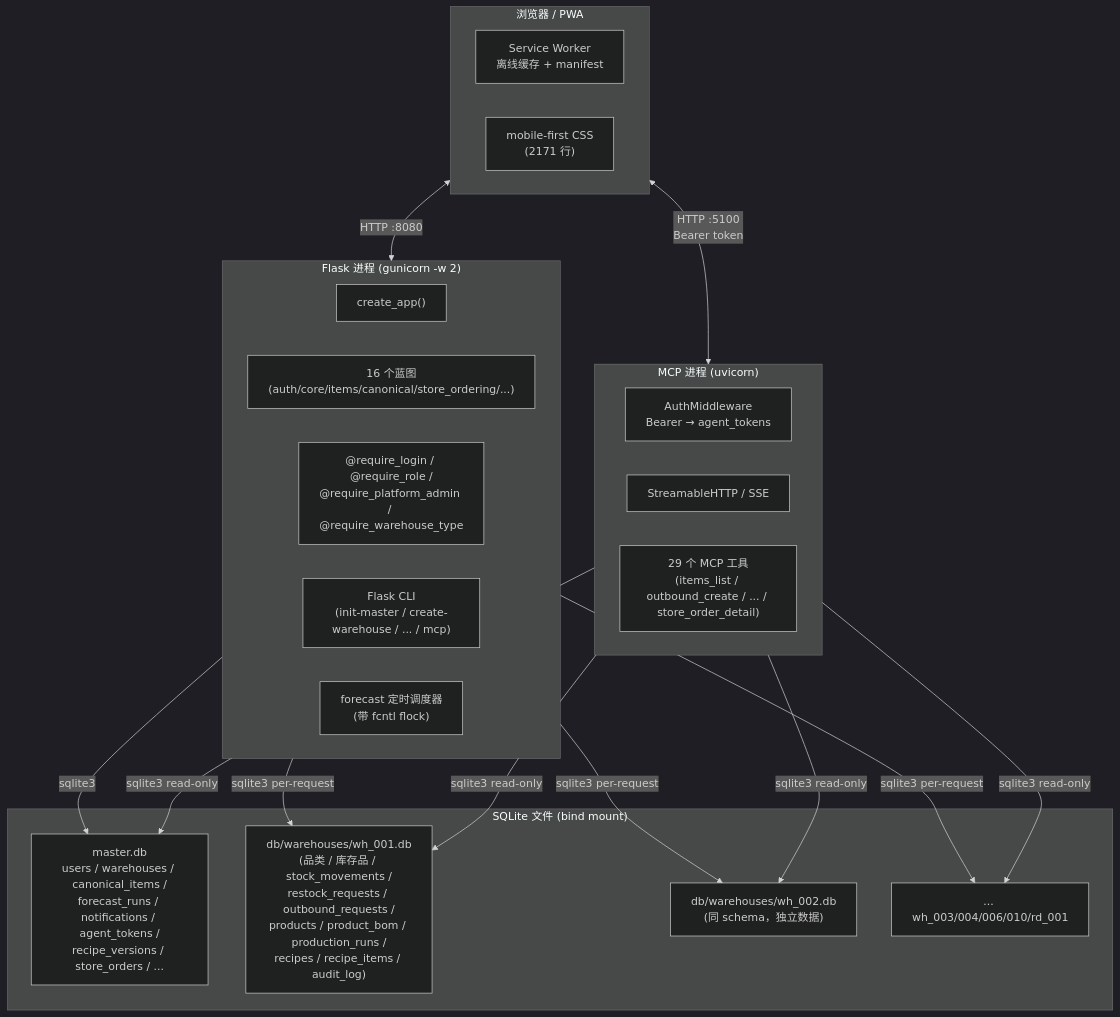
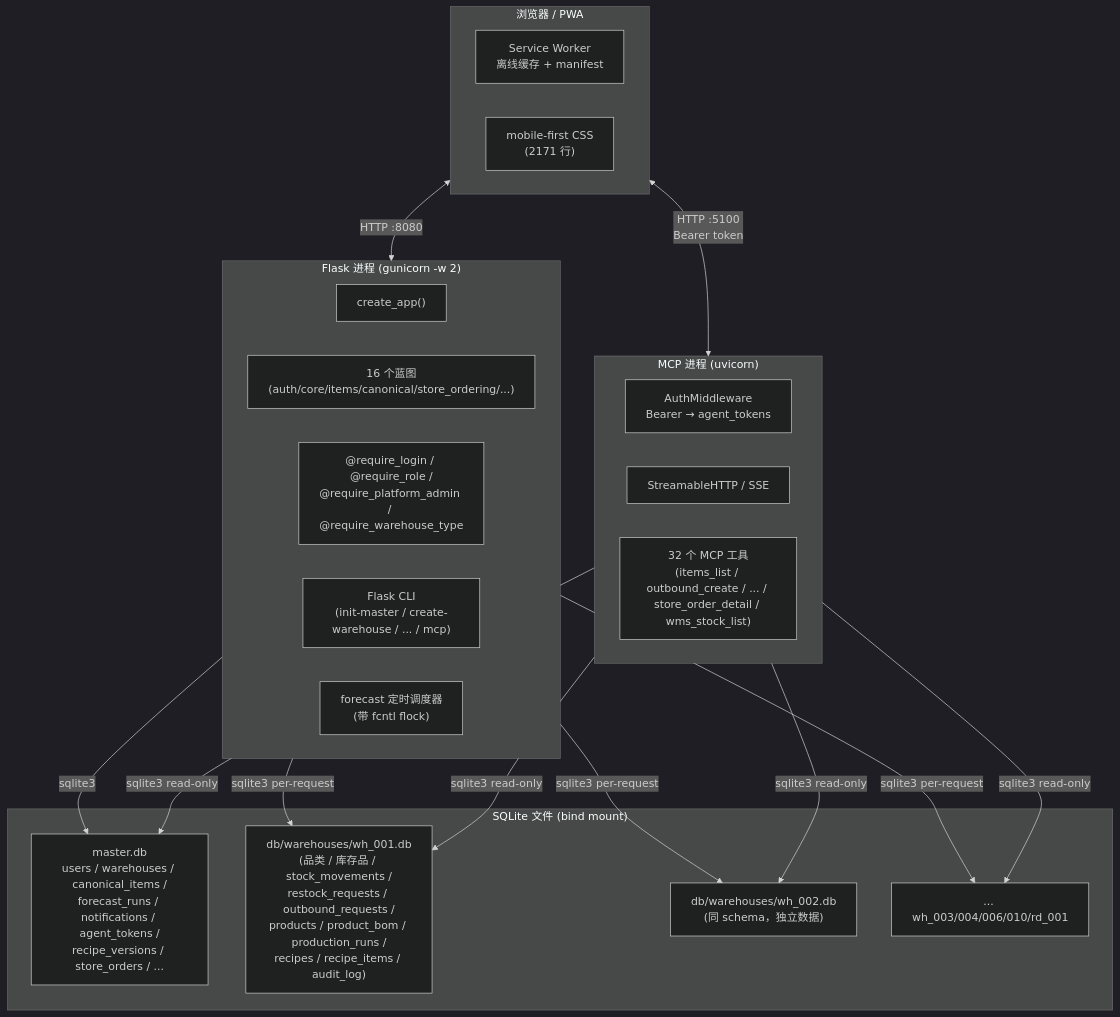
One commit to DUIDUI-Studio/DailyCheck changed the first of 18 diagrams in docs/ARCHITECTURE.md. Above: the diagram before and after it, drawn with Mermaid (dark theme). The commit also changed other lines of this file and 13 other files, not shown here.

First line of the commit message:
feat(mcp): 外部 WMS 只读桥接（wms_stock_list / summary / documents）

````diff
--- a/docs/ARCHITECTURE.md
+++ b/docs/ARCHITECTURE.md
@@ -56,41 +56,41 @@
 ```mermaid
 flowchart TB
     subgraph Browser["浏览器 / PWA"]
         PWA["Service Worker<br/>离线缓存 + manifest"]
         MobileCSS["mobile-first CSS<br/>(2171 行)"]
     end
 
     subgraph FlaskProc["Flask 进程 (gunicorn -w 2)"]
         AppFactory["create_app()"]
         BP["16 个蓝图<br/>(auth/core/items/canonical/store_ordering/...)"]
         Perm["@require_login / @require_role /<br/>@require_platform_admin / @require_warehouse_type"]
         CLI["Flask CLI<br/>(init-master / create-warehouse / ... / mcp)"]
         Schedule["forecast 定时调度器<br/>(带 fcntl flock)"]
     end
 
     subgraph MCPProc["MCP 进程 (uvicorn)"]
         AuthMW["AuthMiddleware<br/>Bearer → agent_tokens"]
         Streamable["StreamableHTTP / SSE"]
-        Tools["29 个 MCP 工具<br/>(items_list / outbound_create / ... / store_order_detail)"]
+        Tools["32 个 MCP 工具<br/>(items_list / outbound_create / ... / store_order_detail / wms_stock_list)"]
     end
 
     subgraph Storage["SQLite 文件 (bind mount)"]
         Master["master.db<br/>users / warehouses / canonical_items /<br/>forecast_runs / notifications / agent_tokens /<br/>recipe_versions / store_orders / ..."]
         WH1["db/warehouses/wh_001.db<br/>(品类 / 库存品 / stock_movements /<br/>restock_requests / outbound_requests /<br/>products / product_bom / production_runs /<br/>recipes / recipe_items / audit_log)"]
         WH2["db/warehouses/wh_002.db<br/>(同 schema，独立数据)"]
         WHN["... wh_003/004/006/010/rd_001"]
     end
 
     Browser <-->|HTTP :8080| FlaskProc
     Browser <-->|HTTP :5100<br/>Bearer token| MCPProc
 
     FlaskProc -->|sqlite3| Master
     FlaskProc -->|sqlite3 per-request| WH1
     FlaskProc -->|sqlite3 per-request| WH2
     FlaskProc -->|sqlite3 per-request| WHN
 
     MCPProc -->|sqlite3 read-only| Master
     MCPProc -->|sqlite3 read-only| WH1
     MCPProc -->|sqlite3 read-only| WH2
     MCPProc -->|sqlite3 read-only| WHN
 ```
````
